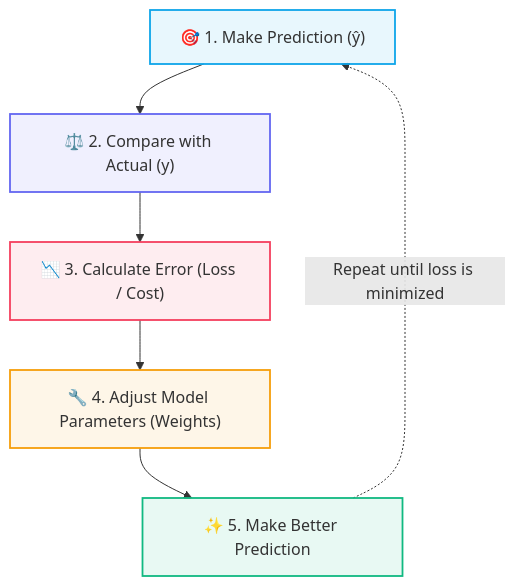
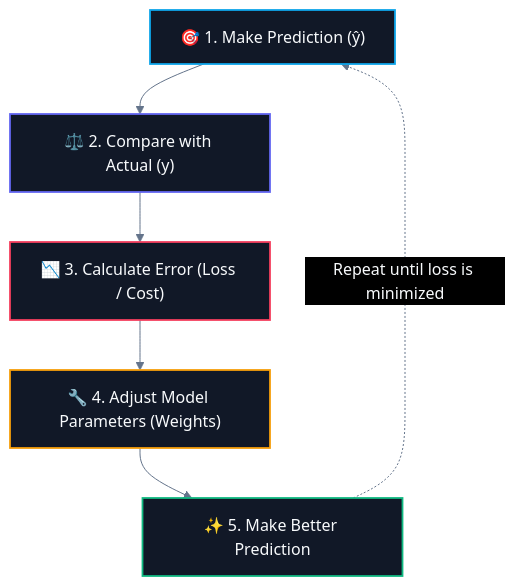
Before and after one commit to abhinavbharti2345/CS_Notes: the second of 3 diagrams in CS/AI & ML/01. Classical ML/01. Introduction to Machine Learning.md, drawn with Mermaid. The commit also changed other lines of this file and 195 other files, not shown here.

````diff
--- a/CS/AI & ML/01. Classical ML/01. Introduction to Machine Learning.md
+++ b/CS/AI & ML/01. Classical ML/01. Introduction to Machine Learning.md
@@ -97,20 +98,21 @@
 ```mermaid
+%%{init: {'theme': 'base', 'themeVariables': { 'darkMode': true, 'background': '#0B0F14', 'mainBkg': '#111827', 'primaryColor': '#111827', 'primaryTextColor': '#F8FAFC', 'primaryBorderColor': '#38BDF8', 'lineColor': '#64748B', 'secondaryColor': '#0B0F14', 'tertiaryColor': '#0B0F14', 'clusterBkg': '#0B0F14', 'clusterBorder': '#38BDF8' }}}%%
 flowchart TD
     A["🎯 1. Make Prediction (ŷ)"] --> B["⚖️ 2. Compare with Actual (y)"]
     B --> C["📉 3. Calculate Error (Loss / Cost)"]
     C --> D["🔧 4. Adjust Model Parameters (Weights)"]
     D --> E["✨ 5. Make Better Prediction"]
     E -.->|"Repeat until loss is minimized"| A
 
-    classDef c1 fill:#0ea5e918,stroke:#0ea5e9,stroke-width:1.8px;
-    classDef c2 fill:#6366f118,stroke:#6366f1,stroke-width:1.8px;
-    classDef c3 fill:#f43f5e18,stroke:#f43f5e,stroke-width:1.8px;
-    classDef c4 fill:#f59e0b18,stroke:#f59e0b,stroke-width:1.8px;
-    classDef c5 fill:#10b98118,stroke:#10b981,stroke-width:1.8px;
+    classDef c1 fill:#111827,stroke:#0ea5e9,stroke-width:1.8px,color:#F8FAFC;
+    classDef c2 fill:#111827,stroke:#6366f1,stroke-width:1.8px,color:#F8FAFC;
+    classDef c3 fill:#111827,stroke:#f43f5e,stroke-width:1.8px,color:#F8FAFC;
+    classDef c4 fill:#111827,stroke:#f59e0b,stroke-width:1.8px,color:#F8FAFC;
+    classDef c5 fill:#111827,stroke:#10b981,stroke-width:1.8px,color:#F8FAFC;
 
     class A c1;
     class B c2;
     class C c3;
     class D c4;
     class E c5;
 ```
````
